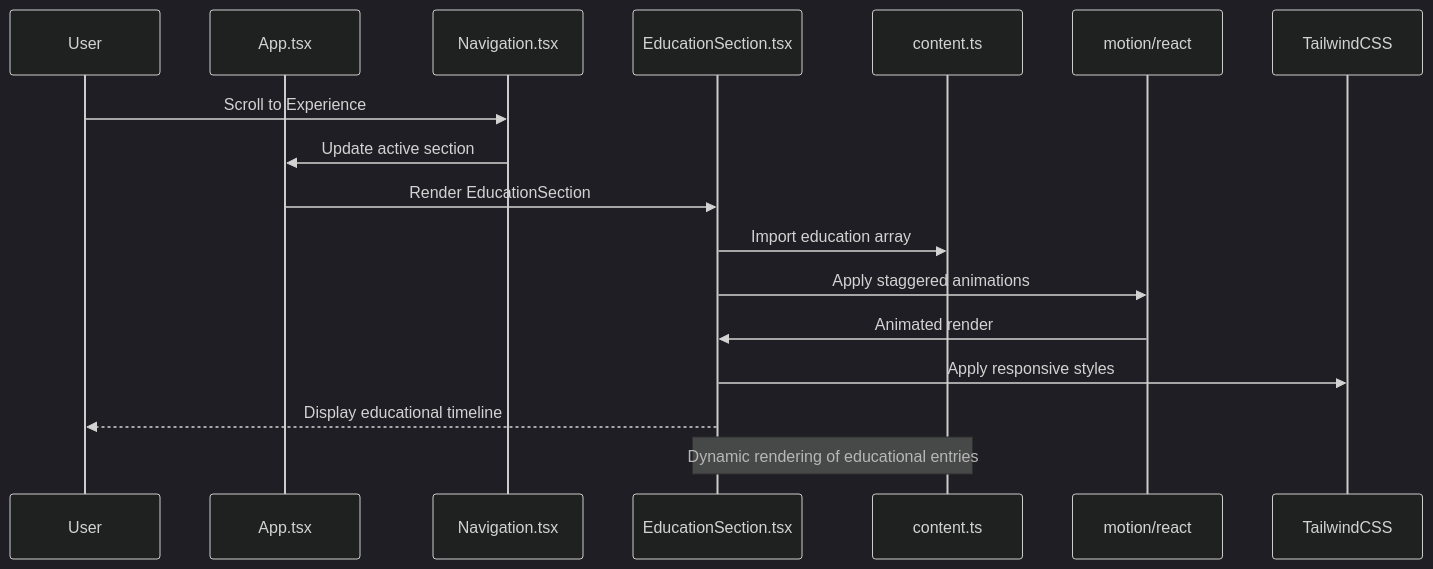
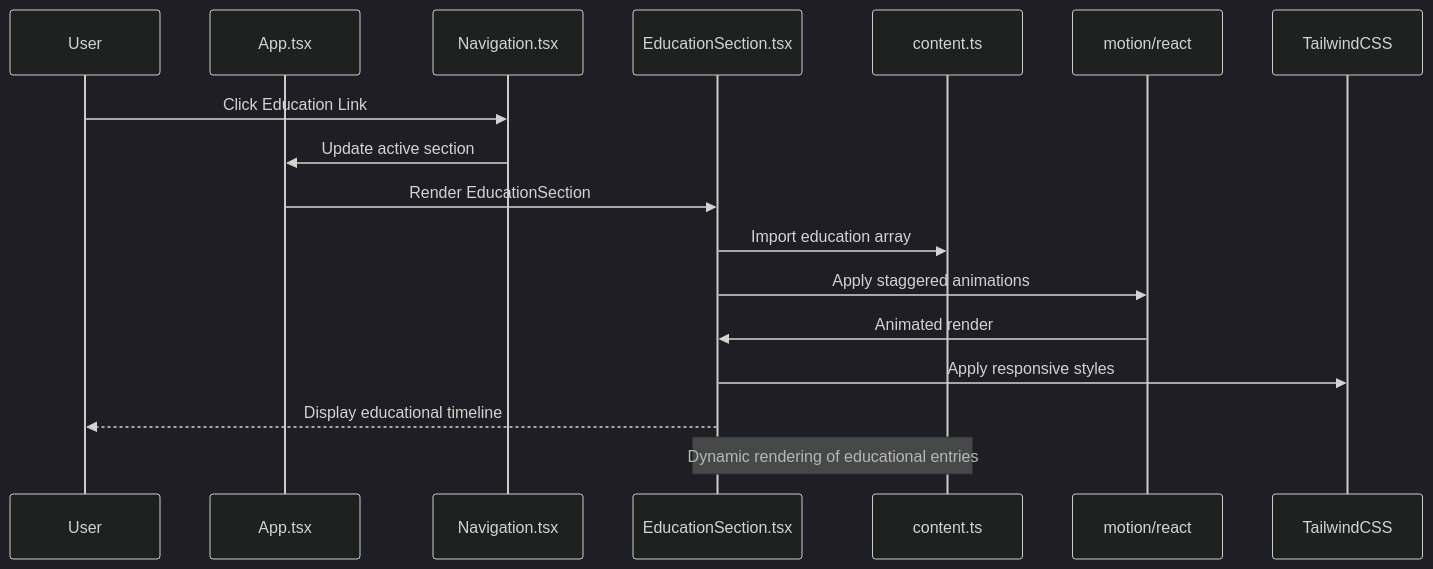
Before and after one commit to subash7781/Portfolio: the third of 9 diagrams in .qoder/repowiki/en/content/Component Library & UI Elements/EducationSection Component.md, drawn with Mermaid (dark theme). The commit also changed other lines of this file and 5 other files, not shown here.

````diff
--- a/.qoder/repowiki/en/content/Component Library & UI Elements/EducationSection Component.md
+++ b/.qoder/repowiki/en/content/Component Library & UI Elements/EducationSection Component.md
@@ -117,19 +131,19 @@
 ```mermaid
 sequenceDiagram
 participant User as User
 participant App as App.tsx
 participant Nav as Navigation.tsx
 participant Section as EducationSection.tsx
 participant Data as content.ts
 participant Motion as motion/react
 participant Tailwind as TailwindCSS
-User->>Nav : Scroll to Experience
+User->>Nav : Click Education Link
 Nav->>App : Update active section
 App->>Section : Render EducationSection
 Section->>Data : Import education array
 Section->>Motion : Apply staggered animations
 Motion->>Section : Animated render
 Section->>Tailwind : Apply responsive styles
 Section-->>User : Display educational timeline
 Note over Section,Data : Dynamic rendering of educational entries
 ```
````
